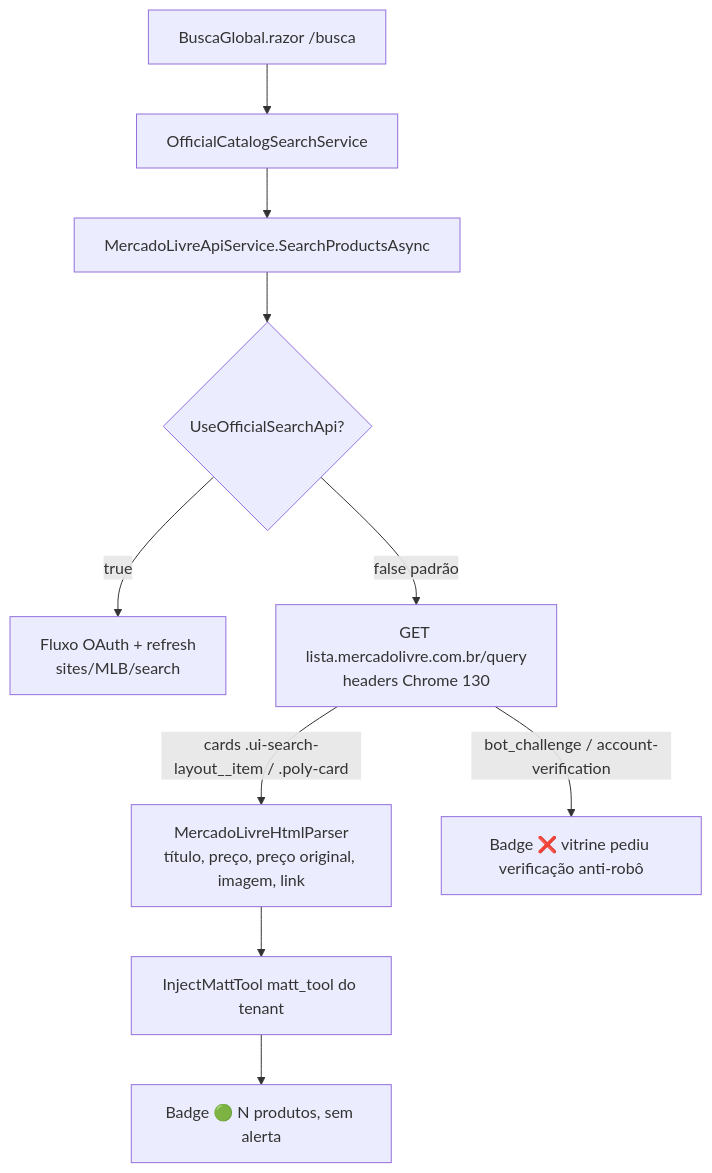
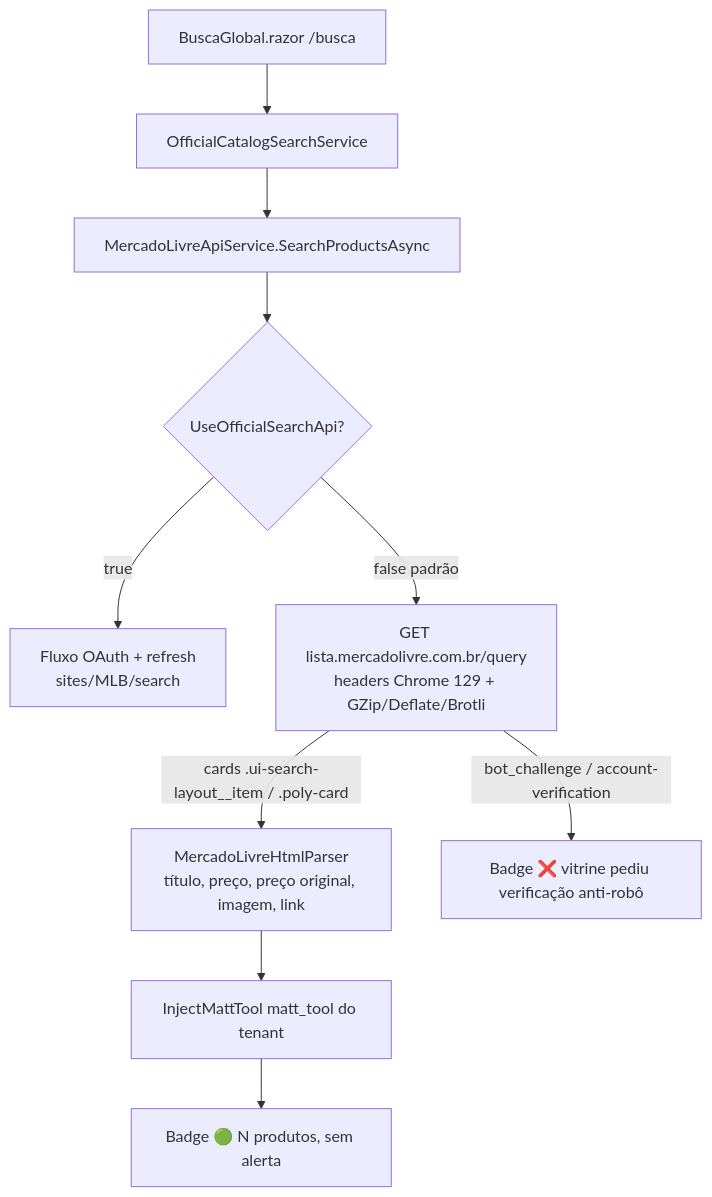
One commit to ronyaraujodeveloper/TecFlow changed diagram 24 of 27 in docs/DIAGRAMAS_ARQUITETURA.md. Above: the diagram before and after it, drawn with Mermaid. The commit also changed 6 other files, not shown here.

Commit message:
chore(busca): headers Chrome 129 e HttpClientHandler com descompressao no scraper do ML

````diff
--- a/docs/DIAGRAMAS_ARQUITETURA.md
+++ b/docs/DIAGRAMAS_ARQUITETURA.md
@@ -1552,12 +1552,12 @@
 ```mermaid
 flowchart TB
   BG[BuscaGlobal.razor /busca] --> OCS[OfficialCatalogSearchService]
   OCS --> MLS[MercadoLivreApiService.SearchProductsAsync]
   MLS --> FLAG{UseOfficialSearchApi?}
   FLAG -->|true| OAUTH[Fluxo OAuth + refresh<br/>sites/MLB/search]
-  FLAG -->|false padrão| LISTA[GET lista.mercadolivre.com.br/query<br/>headers Chrome 130]
+  FLAG -->|false padrão| LISTA[GET lista.mercadolivre.com.br/query<br/>headers Chrome 129 + GZip/Deflate/Brotli]
   LISTA -->|cards .ui-search-layout__item / .poly-card| PARSER[MercadoLivreHtmlParser<br/>título, preço, preço original, imagem, link]
   PARSER --> MATT[InjectMattTool matt_tool do tenant]
   MATT --> OK[Badge 🟢 N produtos, sem alerta]
   LISTA -->|bot_challenge / account-verification| BLOCK[Badge ❌ vitrine pediu verificação anti-robô]
 ```
````
